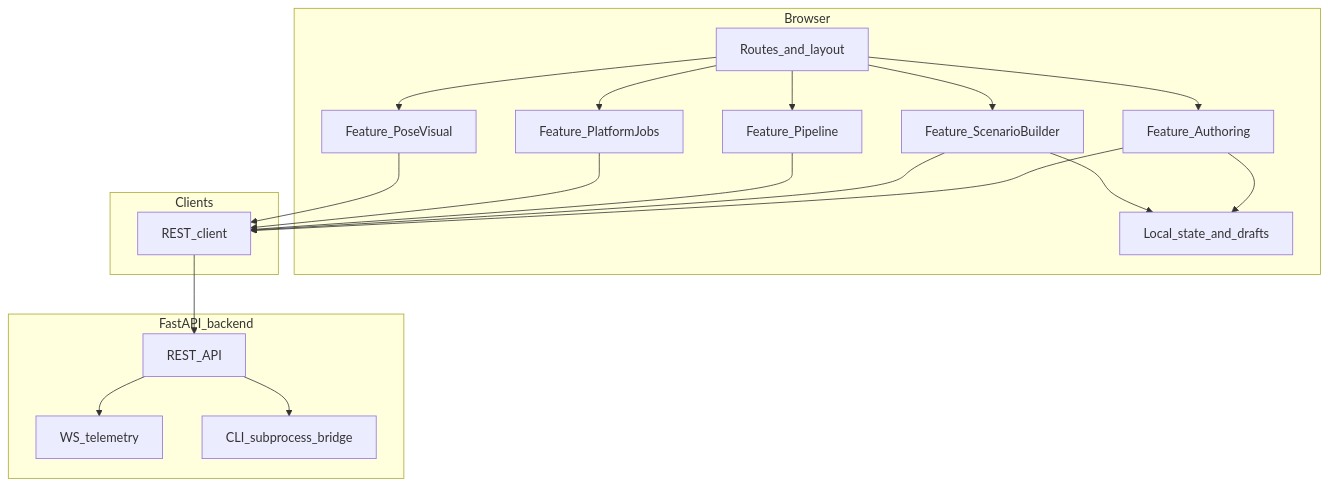
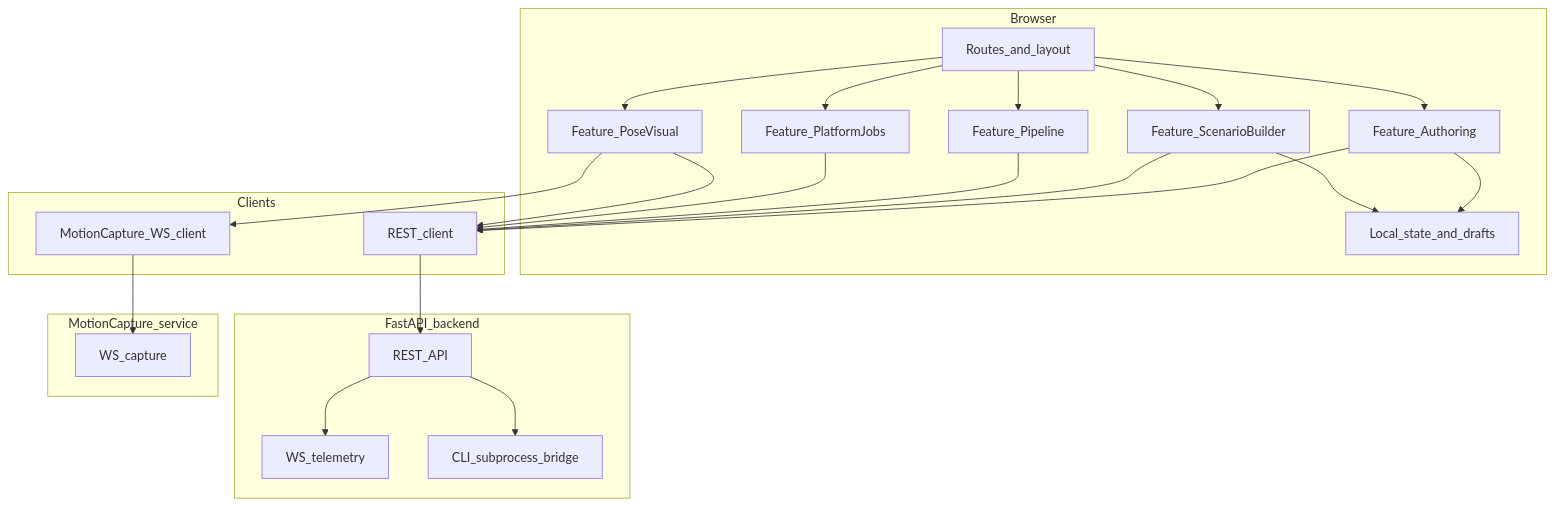
One commit to Saitosar/AUROSY-Skill-Factory-Application changed the diagram in docs/g1-control-ui/01_frontend_architecture.md. Above: the diagram before and after it, drawn with Mermaid. The commit also changed other lines of this file and 14 other files, not shown here.

First line of the commit message:
Enhance motion capture and video-to-motion integration

````diff
--- a/docs/g1-control-ui/01_frontend_architecture.md
+++ b/docs/g1-control-ui/01_frontend_architecture.md
@@ -24,35 +25,41 @@
 ```mermaid
 flowchart TB
   subgraph browser [Browser]
     routes[Routes_and_layout]
     featAuthoring[Feature_Authoring]
     featPose[Feature_PoseVisual]
     featScenario[Feature_ScenarioBuilder]
     featPipeline[Feature_Pipeline]
     featJobs[Feature_PlatformJobs]
     state[Local_state_and_drafts]
     routes --> featAuthoring
     routes --> featPose
     routes --> featScenario
     routes --> featPipeline
     routes --> featJobs
     featAuthoring --> state
     featScenario --> state
   end
   subgraph clients [Clients]
     rest[REST_client]
+    motionWs[MotionCapture_WS_client]
   end
   subgraph backend [FastAPI_backend]
     api[REST_API]
     wss[WS_telemetry]
     cli[CLI_subprocess_bridge]
   end
+  subgraph capture [MotionCapture_service]
+    captureWs[WS_capture]
+  end
   featAuthoring --> rest
   featScenario --> rest
   featPipeline --> rest
   featJobs --> rest
   featPose --> rest
+  featPose --> motionWs
   rest --> api
+  motionWs --> captureWs
   api --> cli
   api --> wss
 ```
````
